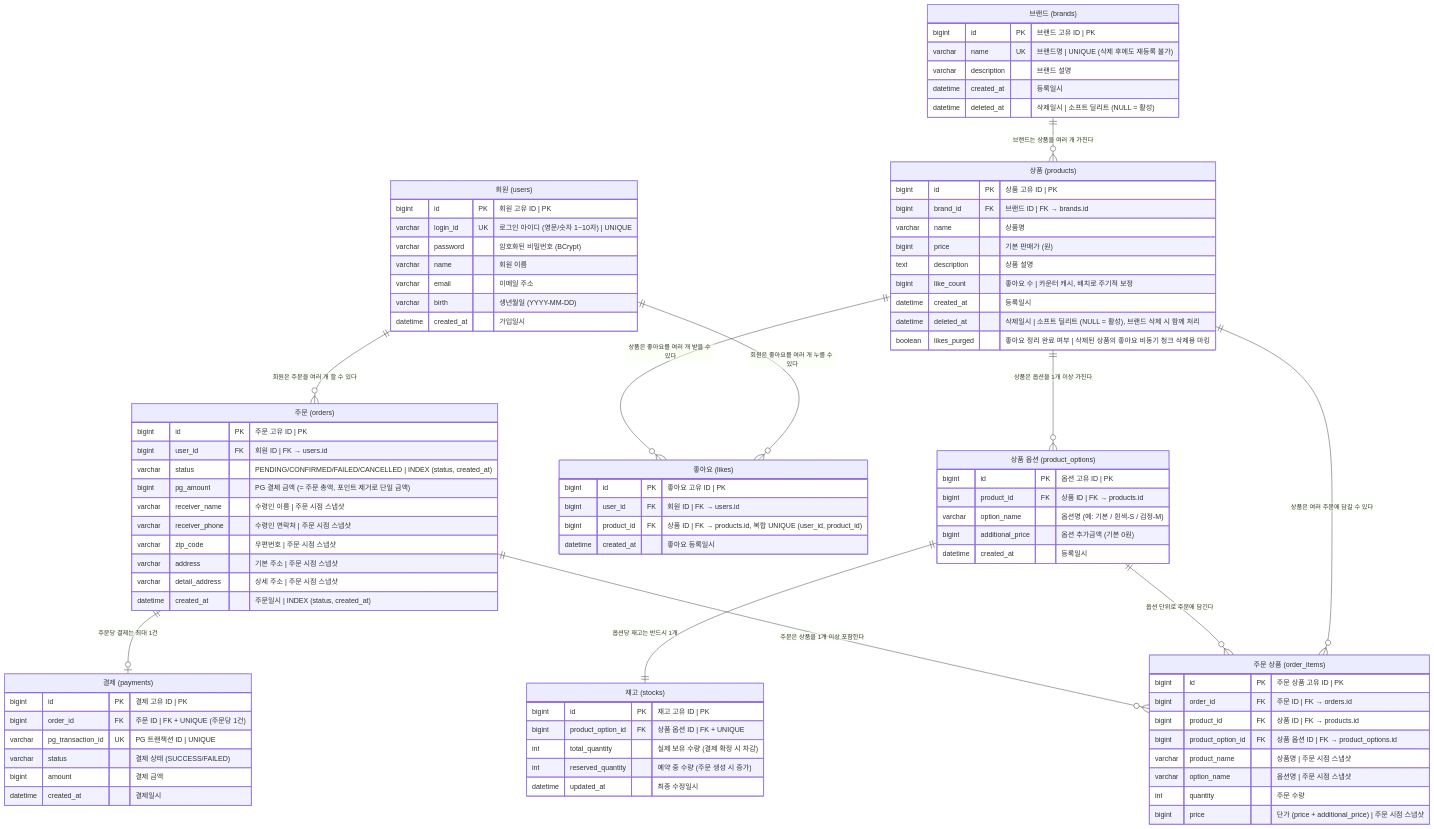
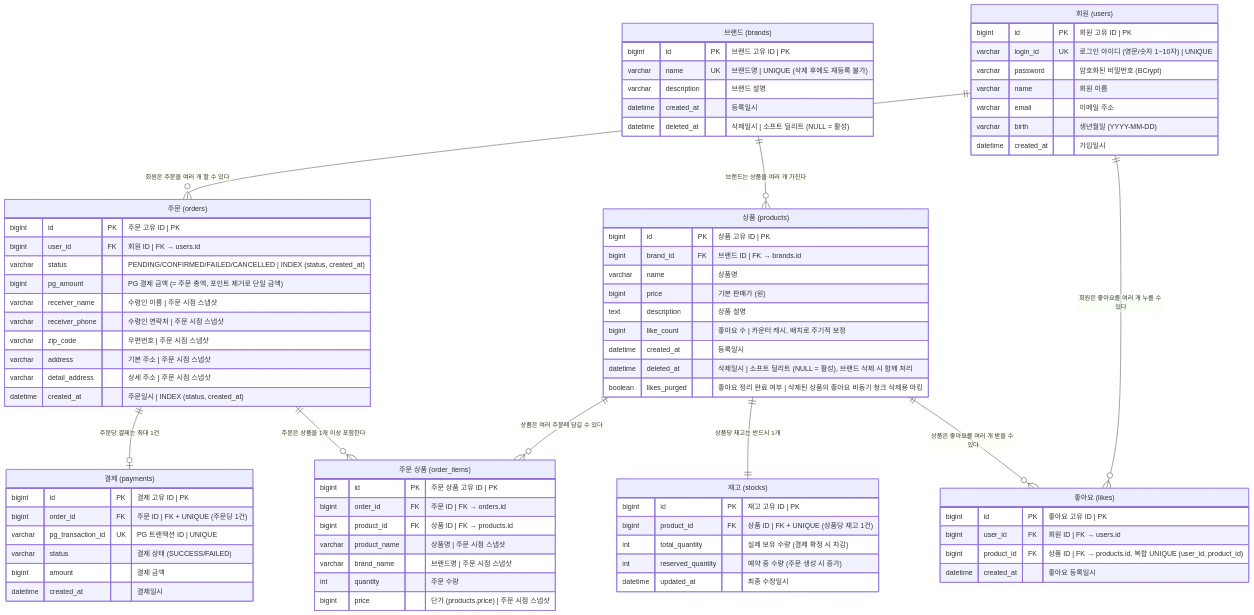
Before and after one commit to loopers-labs/loop-pack-be-l2-vol4-java: the diagram in .docs/design/04-erd.md, drawn with Mermaid. The commit also changed other lines of this file and 3 other files, not shown here.

````diff
--- a/.docs/design/04-erd.md
+++ b/.docs/design/04-erd.md
@@ -55,17 +55,9 @@
         boolean likes_purged "좋아요 정리 완료 여부 | 삭제된 상품의 좋아요 비동기 청크 삭제용 마킹"
     }
 
-    product_options["상품 옵션 (product_options)"] {
-        bigint id PK "옵션 고유 ID | PK"
-        bigint product_id FK "상품 ID | FK → products.id"
-        varchar option_name "옵션명 (예: 기본 / 흰색-S / 검정-M)"
-        bigint additional_price "옵션 추가금액 (기본 0원)"
-        datetime created_at "등록일시"
-    }
-
     stocks["재고 (stocks)"] {
         bigint id PK "재고 고유 ID | PK"
-        bigint product_option_id FK "상품 옵션 ID | FK + UNIQUE"
+        bigint product_id FK "상품 ID | FK + UNIQUE (상품당 재고 1건)"
         int total_quantity "실제 보유 수량 (결제 확정 시 차감)"
         int reserved_quantity "예약 중 수량 (주문 생성 시 증가)"
         datetime updated_at "최종 수정일시"
@@ -95,11 +87,10 @@
         bigint id PK "주문 상품 고유 ID | PK"
         bigint order_id FK "주문 ID | FK → orders.id"
         bigint product_id FK "상품 ID | FK → products.id"
-        bigint product_option_id FK "상품 옵션 ID | FK → product_options.id"
         varchar product_name "상품명 | 주문 시점 스냅샷"
-        varchar option_name "옵션명 | 주문 시점 스냅샷"
+        varchar brand_name "브랜드명 | 주문 시점 스냅샷"
         int quantity "주문 수량"
-        bigint price "단가 (price + additional_price) | 주문 시점 스냅샷"
+        bigint price "단가 (products.price) | 주문 시점 스냅샷"
     }
 
     payments["결제 (payments)"] {
@@ -114,11 +105,9 @@
     users ||--o{ orders : "회원은 주문을 여러 개 할 수 있다"
     users ||--o{ likes : "회원은 좋아요를 여러 개 누를 수 있다"
     brands ||--o{ products : "브랜드는 상품을 여러 개 가진다"
-    products ||--o{ product_options : "상품은 옵션을 1개 이상 가진다"
-    product_options ||--|| stocks : "옵션당 재고는 반드시 1개"
+    products ||--|| stocks : "상품당 재고는 반드시 1개"
     products ||--o{ likes : "상품은 좋아요를 여러 개 받을 수 있다"
     products ||--o{ order_items : "상품은 여러 주문에 담길 수 있다"
-    product_options ||--o{ order_items : "옵션 단위로 주문에 담긴다"
     orders ||--o{ order_items : "주문은 상품을 1개 이상 포함한다"
     orders ||--o| payments : "주문당 결제는 최대 1건"
 ```
````
